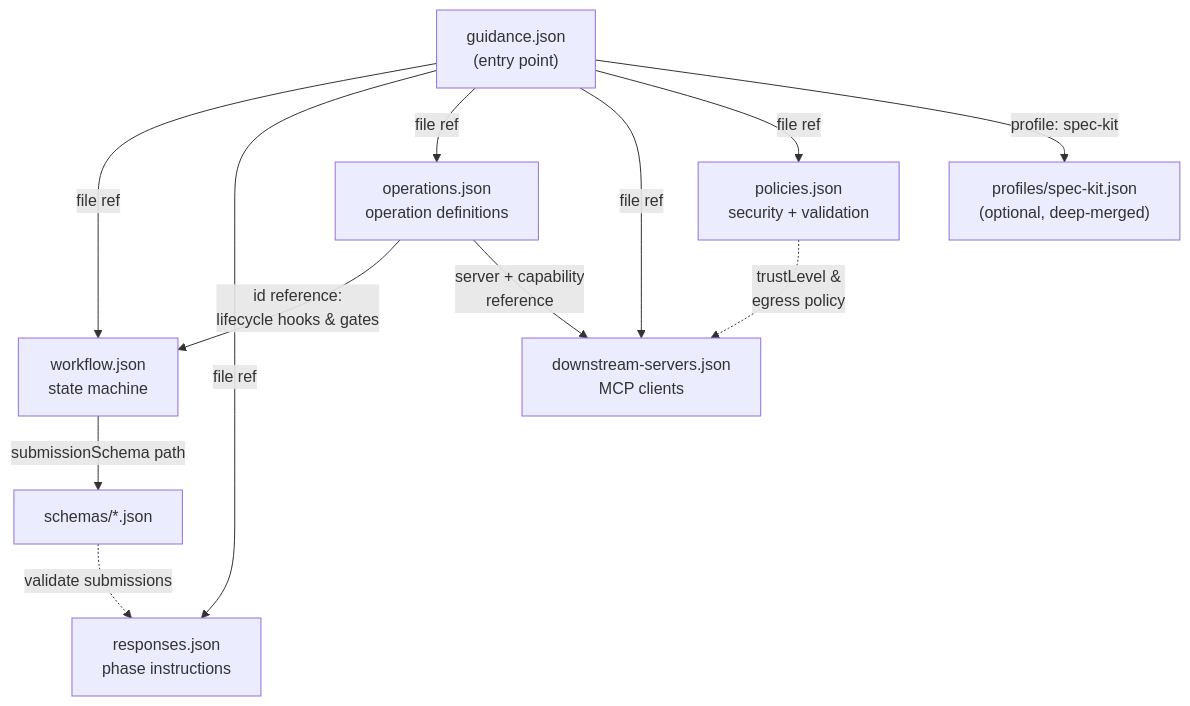
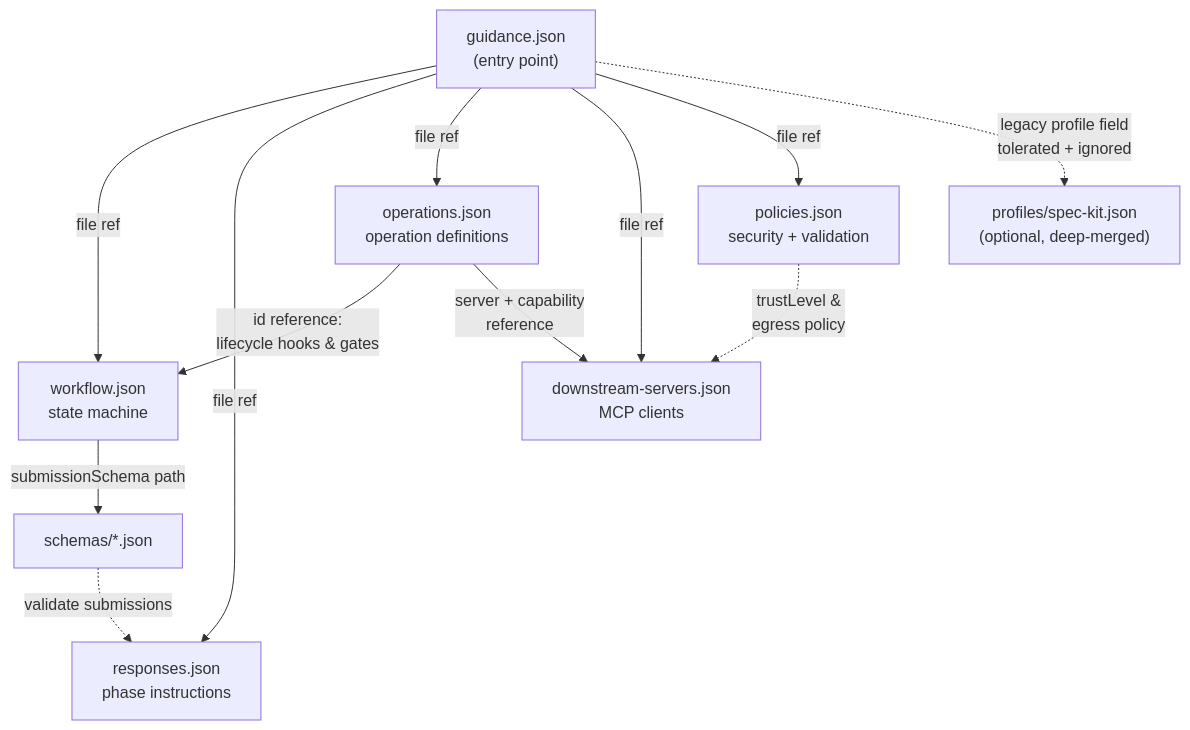
Before and after one commit to paschbaer/thinking-mcp: the first of 3 diagrams in servers/server-guidance/README.md, drawn with Mermaid. The commit also changed other lines of this file and 17 other files, not shown here.

````diff
--- a/servers/server-guidance/README.md
+++ b/servers/server-guidance/README.md
@@ -1670,14 +1674,14 @@
 ```mermaid
 flowchart TD
     G["guidance.json<br/>(entry point)"] -->|file ref| W["workflow.json<br/>state machine"]
     G -->|file ref| R["responses.json<br/>phase instructions"]
     G -->|file ref| O["operations.json<br/>operation definitions"]
     G -->|file ref| D["downstream-servers.json<br/>MCP clients"]
     G -->|file ref| P["policies.json<br/>security + validation"]
     O -->|id reference:<br/>lifecycle hooks & gates| W
     O -->|server + capability<br/>reference| D
     P -.->|trustLevel &<br/>egress policy| D
     W -->|submissionSchema path| S["schemas/*.json"]
     S -.->|validate submissions| R
-    G -->|profile: spec-kit| SK["profiles/spec-kit.json<br/>(optional, deep-merged)"]
+    G -.->|legacy profile field<br/>tolerated + ignored| SK["profiles/spec-kit.json<br/>(optional, deep-merged)"]
 ```
````
